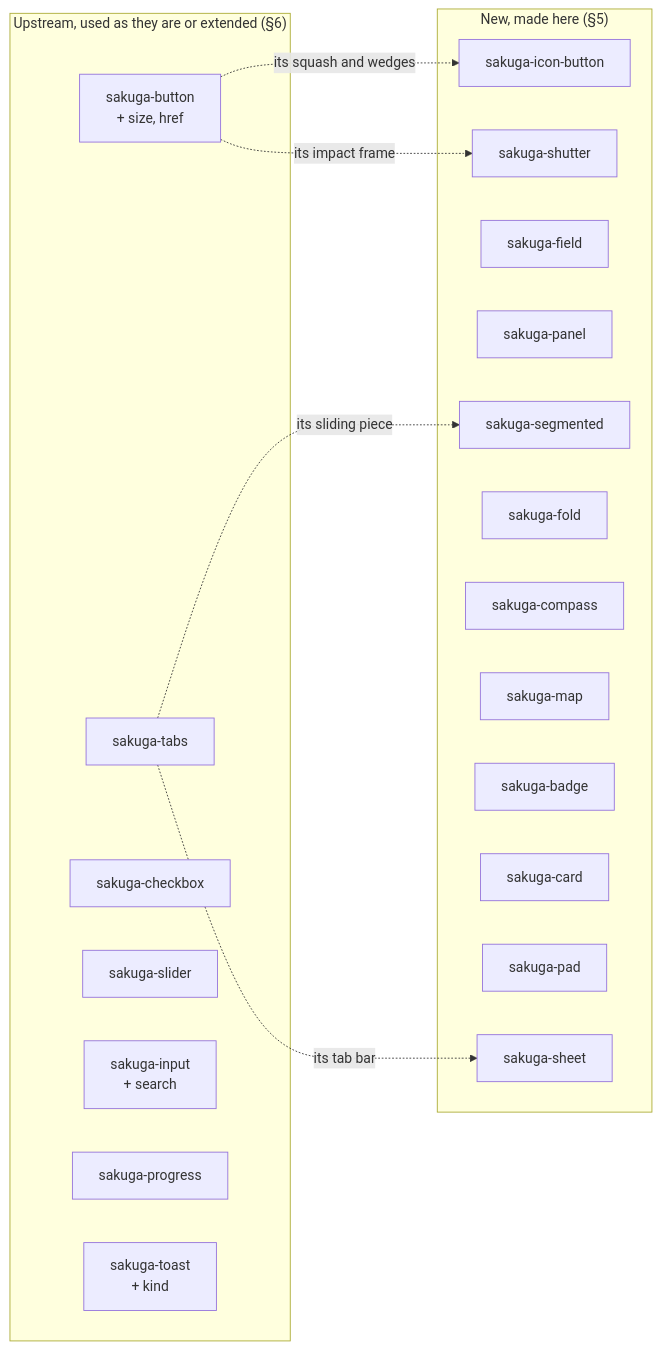
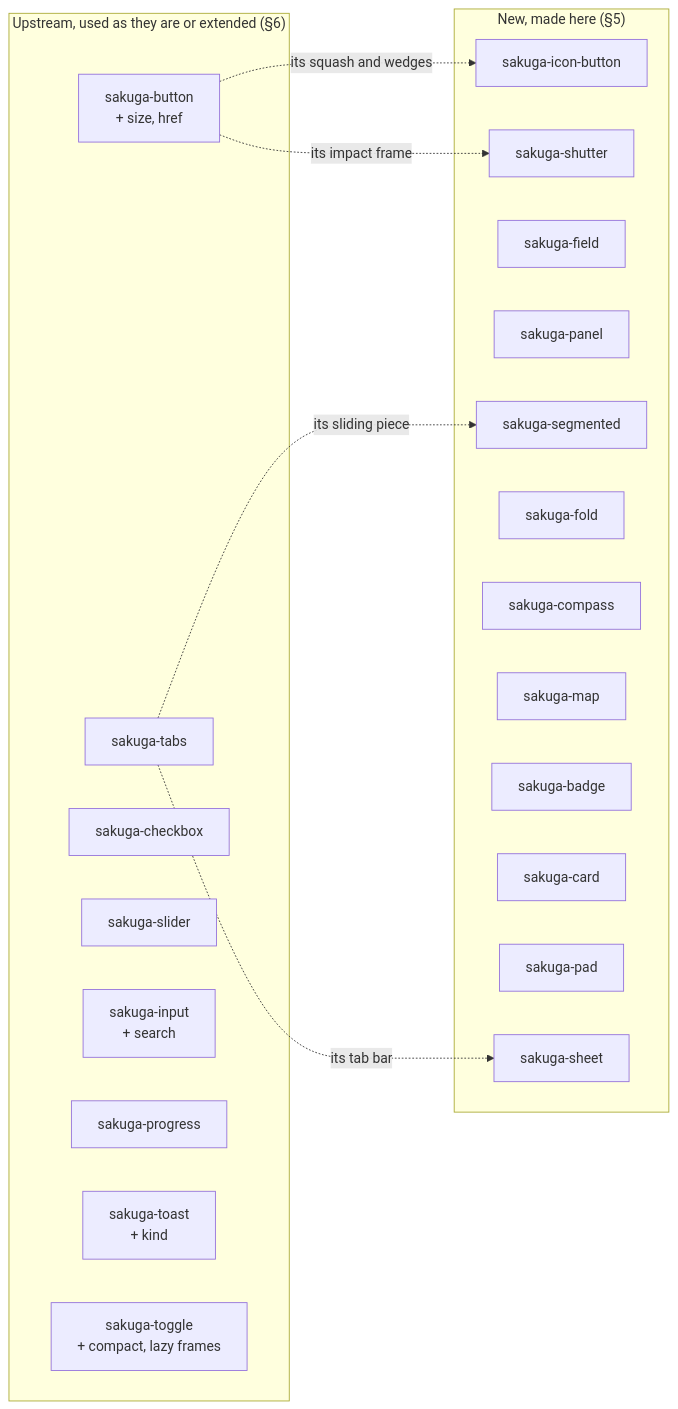
Before and after one commit to NNTin/my-home: the first of 6 diagrams in docs/design/hud.md, drawn with Mermaid. The commit also changed other lines of this file and 1 other file, not shown here.

First line of the commit message:
docs(hud): fold in the owner's answers; the painted toggle, lazily (#167)

````diff
--- a/docs/design/hud.md
+++ b/docs/design/hud.md
@@ -315,30 +319,31 @@
 ```mermaid
 graph LR
   subgraph upstream["Upstream, used as they are or extended (§6)"]
     button["sakuga-button<br/>+ size, href"]
     tabs[sakuga-tabs]
     checkbox[sakuga-checkbox]
     slider[sakuga-slider]
     input["sakuga-input<br/>+ search"]
     progress[sakuga-progress]
     toast["sakuga-toast<br/>+ kind"]
+    toggle["sakuga-toggle<br/>+ compact, lazy frames"]
   end
   subgraph new["New, made here (§5)"]
     icon[sakuga-icon-button]
     seg[sakuga-segmented]
     field[sakuga-field]
     panel[sakuga-panel]
     sheet[sakuga-sheet]
     fold[sakuga-fold]
     compass[sakuga-compass]
     map[sakuga-map]
     badge[sakuga-badge]
     card[sakuga-card]
     pad[sakuga-pad]
     shutter[sakuga-shutter]
   end
   tabs -. its sliding piece .-> seg
   tabs -. its tab bar .-> sheet
   button -. its squash and wedges .-> icon
   button -. its impact frame .-> shutter
 ```
````
